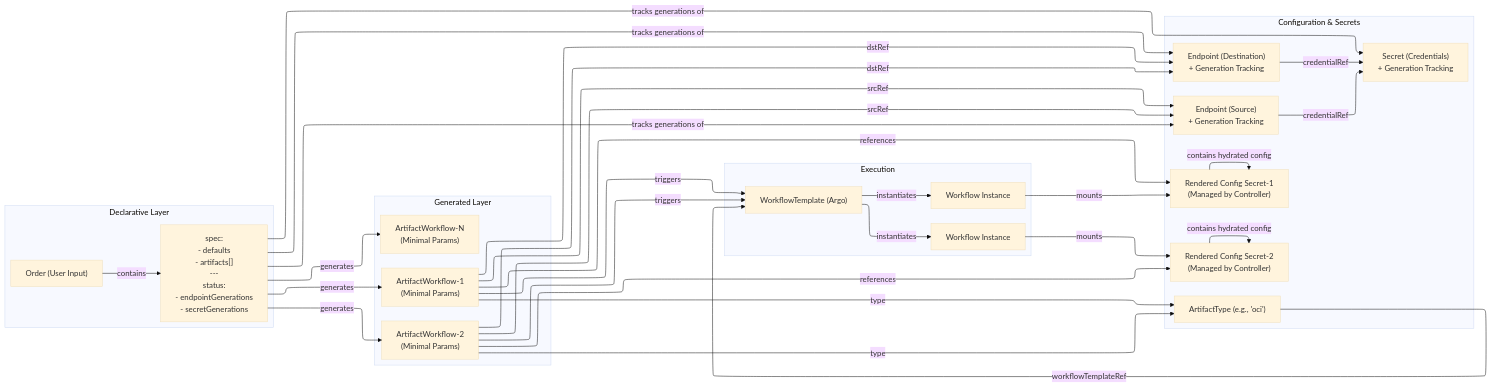
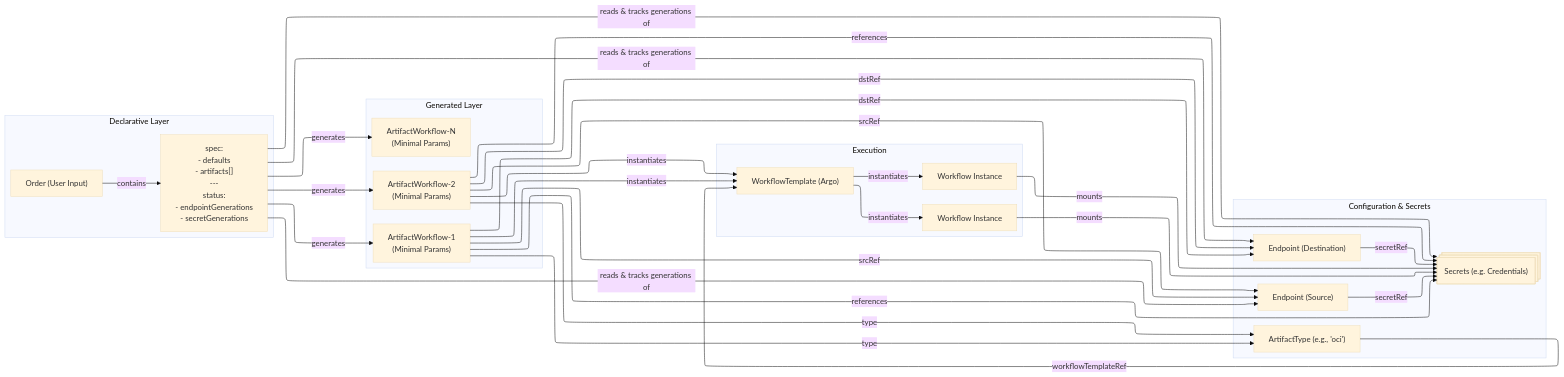
One commit to opendefensecloud/artifact-conduit changed the diagram in docs/developer-guide/adrs/001-ARC-Architecture.md. Above: the diagram before and after it, drawn with Mermaid (base theme). The commit also changed other lines of this file and 1 other file, not shown here.

Commit message:
update ADR in docs

````diff
--- a/docs/developer-guide/adrs/001-ARC-Architecture.md
+++ b/docs/developer-guide/adrs/001-ARC-Architecture.md
@@ -100,52 +100,48 @@
 ```mermaid
 ---
 config:
   layout: elk
 ---
 flowchart LR
  subgraph subGraph0["Declarative Layer"]
         Order["Order (User Input)"]
         Spec["spec:<br>- defaults<br>- artifacts[]<br>--- <br>status:<br>- endpointGenerations<br>- secretGenerations"]
   end
  subgraph subGraph1["Generated Layer"]
-        ArtifactWorkflow1["ArtifactWorkflow-1<br/>(Minimal Params)"]
-        ArtifactWorkflow2["ArtifactWorkflow-2<br/>(Minimal Params)"]
-        ArtifactWorkflowN["ArtifactWorkflow-N<br/>(Minimal Params)"]
+        ArtifactWorkflow1["ArtifactWorkflow-1<br>(Minimal Params)"]
+        ArtifactWorkflow2["ArtifactWorkflow-2<br>(Minimal Params)"]
+        ArtifactWorkflowN["ArtifactWorkflow-N<br>(Minimal Params)"]
   end
  subgraph Configuration["Configuration & Secrets"]
         ArtifactTypeDef@{ label: "ArtifactType (e.g., 'oci')" }
-        EndpointSrc["Endpoint (Source)<br/>+ Generation Tracking"]
-        EndpointDst["Endpoint (Destination)<br/>+ Generation Tracking"]
-        EndpointSecret["Secret (Credentials)<br/>+ Generation Tracking"]
-        RenderedSecret1["Rendered Config Secret-1<br/>(Managed by Controller)"]
-        RenderedSecret2["Rendered Config Secret-2<br/>(Managed by Controller)"]
+        EndpointSrc["Endpoint (Source)"]
+        EndpointDst["Endpoint (Destination)"]
+        EndpointSecret@{ shape: procs, label: "Secrets (e.g. Credentials)"}
   end
  subgraph Execution["Execution"]
         WorkflowTemplate["WorkflowTemplate (Argo)"]
         WorkflowInstance1["Workflow Instance"]
         WorkflowInstance2["Workflow Instance"]
   end
     Order -- contains --> Spec
     Spec -- generates --> ArtifactWorkflow1 & ArtifactWorkflow2 & ArtifactWorkflowN
-    Spec -- tracks generations of --> EndpointSrc & EndpointDst & EndpointSecret
+    Spec -- reads & tracks generations of --> EndpointSrc & EndpointDst & EndpointSecret
     ArtifactWorkflow1 -- type --> ArtifactTypeDef
     ArtifactWorkflow2 -- type --> ArtifactTypeDef
     ArtifactWorkflow1 -- srcRef --> EndpointSrc
     ArtifactWorkflow2 -- srcRef --> EndpointSrc
     ArtifactWorkflow1 -- dstRef --> EndpointDst
     ArtifactWorkflow2 -- dstRef --> EndpointDst
-    EndpointSrc -- credentialRef --> EndpointSecret
-    EndpointDst -- credentialRef --> EndpointSecret
+    EndpointSrc -- secretRef --> EndpointSecret
+    EndpointDst -- secretRef --> EndpointSecret
     ArtifactTypeDef -- workflowTemplateRef --> WorkflowTemplate
-    ArtifactWorkflow1 -- references --> RenderedSecret1
-    ArtifactWorkflow2 -- references --> RenderedSecret2
-    RenderedSecret1 -- contains hydrated config --> RenderedSecret1
-    RenderedSecret2 -- contains hydrated config --> RenderedSecret2
-    ArtifactWorkflow1 -- triggers --> WorkflowTemplate
-    ArtifactWorkflow2 -- triggers --> WorkflowTemplate
+    ArtifactWorkflow1 -- references --> EndpointSecret
+    ArtifactWorkflow2 -- references --> EndpointSecret
+    ArtifactWorkflow1 -- instantiates --> WorkflowTemplate
+    ArtifactWorkflow2 -- instantiates --> WorkflowTemplate
     WorkflowTemplate -- instantiates --> WorkflowInstance1 & WorkflowInstance2
-    WorkflowInstance1 -- mounts --> RenderedSecret1
-    WorkflowInstance2 -- mounts --> RenderedSecret2
+    WorkflowInstance1 -- mounts --> EndpointSecret
+    WorkflowInstance2 -- mounts --> EndpointSecret
+
     ArtifactTypeDef@{ shape: rect}
-
 ```
````
